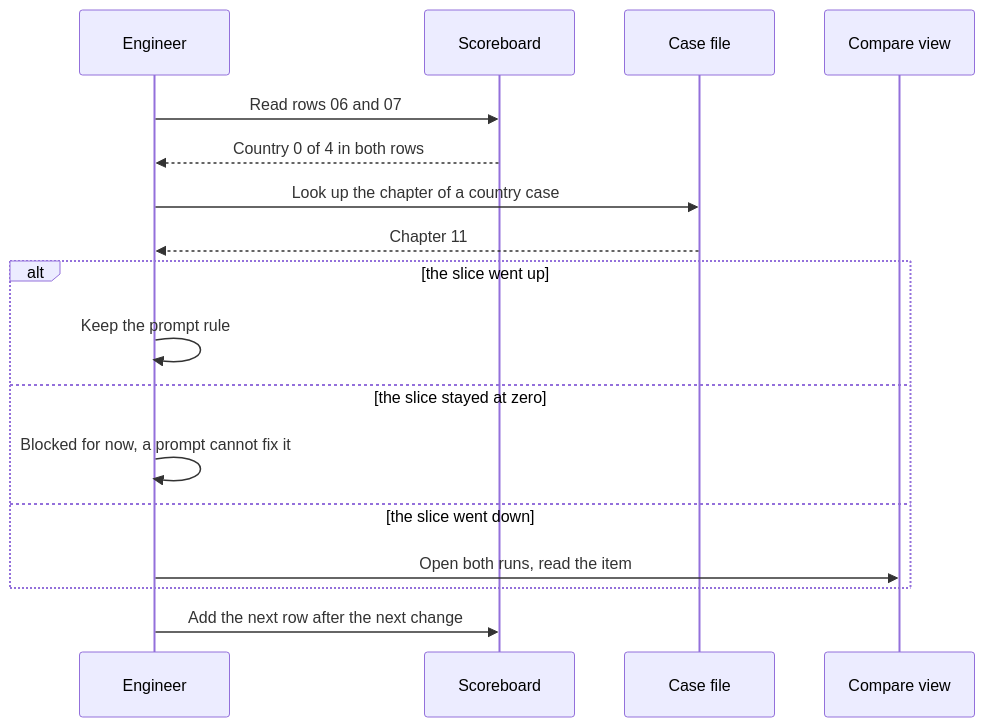
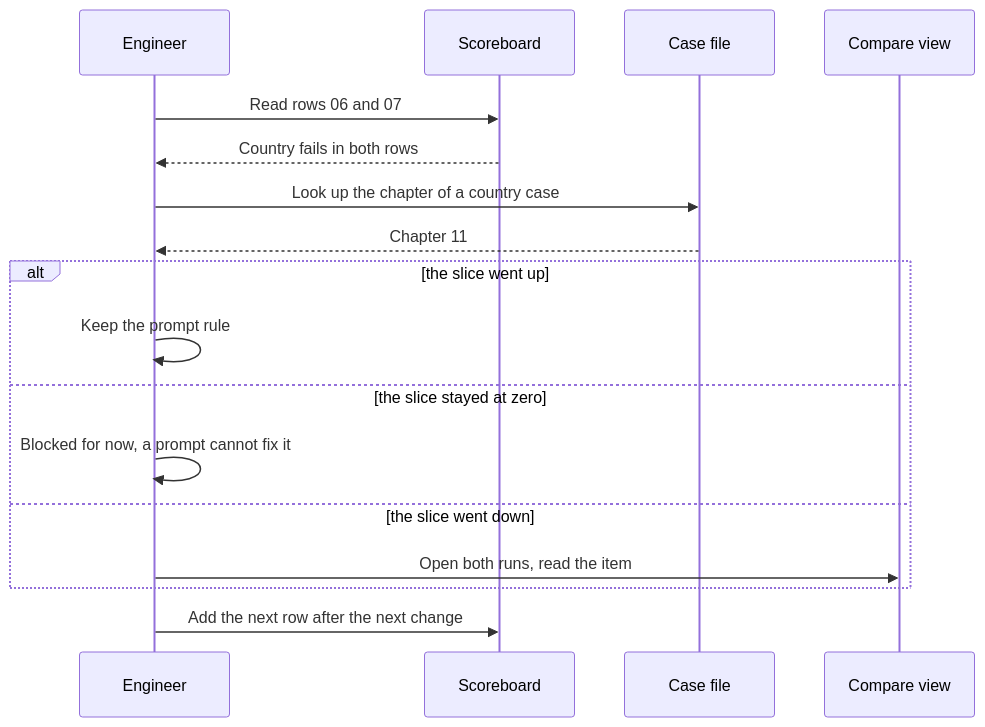
One commit to learnwithparam/agentic-ai-buildcamp changed the first of 2 diagrams in docs/learner/08-midpoint.md. Above: the diagram before and after it, drawn with Mermaid. The commit also changed other lines of this file and 45 other files, not shown here.

````diff
--- a/docs/learner/08-midpoint.md
+++ b/docs/learner/08-midpoint.md
@@ -44,19 +44,19 @@
 ```mermaid
 sequenceDiagram
     participant E as Engineer
     participant S as Scoreboard
     participant C as Case file
     participant L as Compare view
     E->>S: Read rows 06 and 07
-    S-->>E: Country 0 of 4 in both rows
+    S-->>E: Country fails in both rows
     E->>C: Look up the chapter of a country case
     C-->>E: Chapter 11
     alt the slice went up
         E->>E: Keep the prompt rule
     else the slice stayed at zero
         E->>E: Blocked for now, a prompt cannot fix it
     else the slice went down
         E->>L: Open both runs, read the item
     end
     E->>S: Add the next row after the next change
 ```
````
